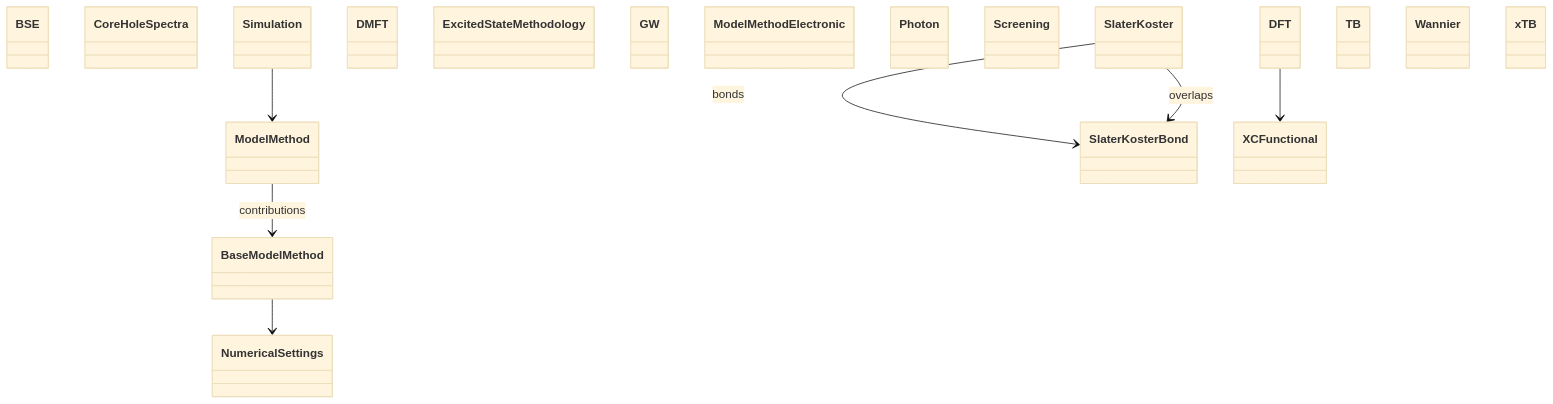
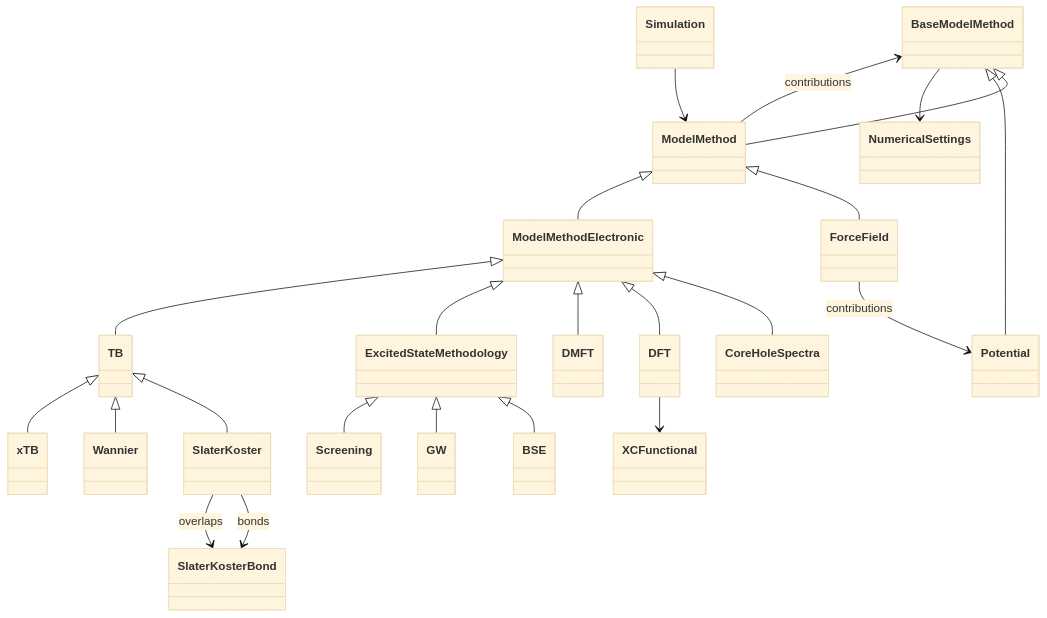
Before and after one commit to FAIRmat-NFDI/nomad-simulations: the first of 2 diagrams in docs/schema/model_method.diagram.md, drawn with Mermaid (base theme). The commit also changed other lines of this file and 52 other files, not shown here.

Commit message:
add inheritance to diagrams, better organization

````diff
--- a/docs/schema/model_method.diagram.md
+++ b/docs/schema/model_method.diagram.md
@@ -15,47 +16,65 @@
 ```mermaid
 classDiagram
     class BSE {
     }
     class BaseModelMethod {
     }
     class CoreHoleSpectra {
     }
     class DFT {
     }
     class DMFT {
     }
     class ExcitedStateMethodology {
     }
+    class ForceField {
+    }
     class GW {
     }
     class ModelMethod {
     }
     class ModelMethodElectronic {
     }
     class NumericalSettings {
     }
-    class Photon {
+    class Potential {
     }
     class Screening {
     }
     class Simulation {
     }
     class SlaterKoster {
     }
     class SlaterKosterBond {
     }
     class TB {
     }
     class Wannier {
     }
     class XCFunctional {
     }
     class xTB {
     }
+    ExcitedStateMethodology <|-- BSE
+    ModelMethodElectronic <|-- CoreHoleSpectra
+    ModelMethodElectronic <|-- DFT
+    ModelMethodElectronic <|-- DMFT
+    ModelMethodElectronic <|-- ExcitedStateMethodology
+    ModelMethod <|-- ForceField
+    ExcitedStateMethodology <|-- GW
+    BaseModelMethod <|-- ModelMethod
+    ModelMethod <|-- ModelMethodElectronic
+    BaseModelMethod <|-- Potential
+    ExcitedStateMethodology <|-- Screening
+    TB <|-- SlaterKoster
+    ModelMethodElectronic <|-- TB
+    TB <|-- Wannier
+    TB <|-- xTB
     BaseModelMethod --> NumericalSettings
     DFT --> XCFunctional
+    ForceField --> Potential : contributions
     ModelMethod --> BaseModelMethod : contributions
     Simulation --> ModelMethod
     SlaterKoster --> SlaterKosterBond : bonds
     SlaterKoster --> SlaterKosterBond : overlaps
 ```
````
